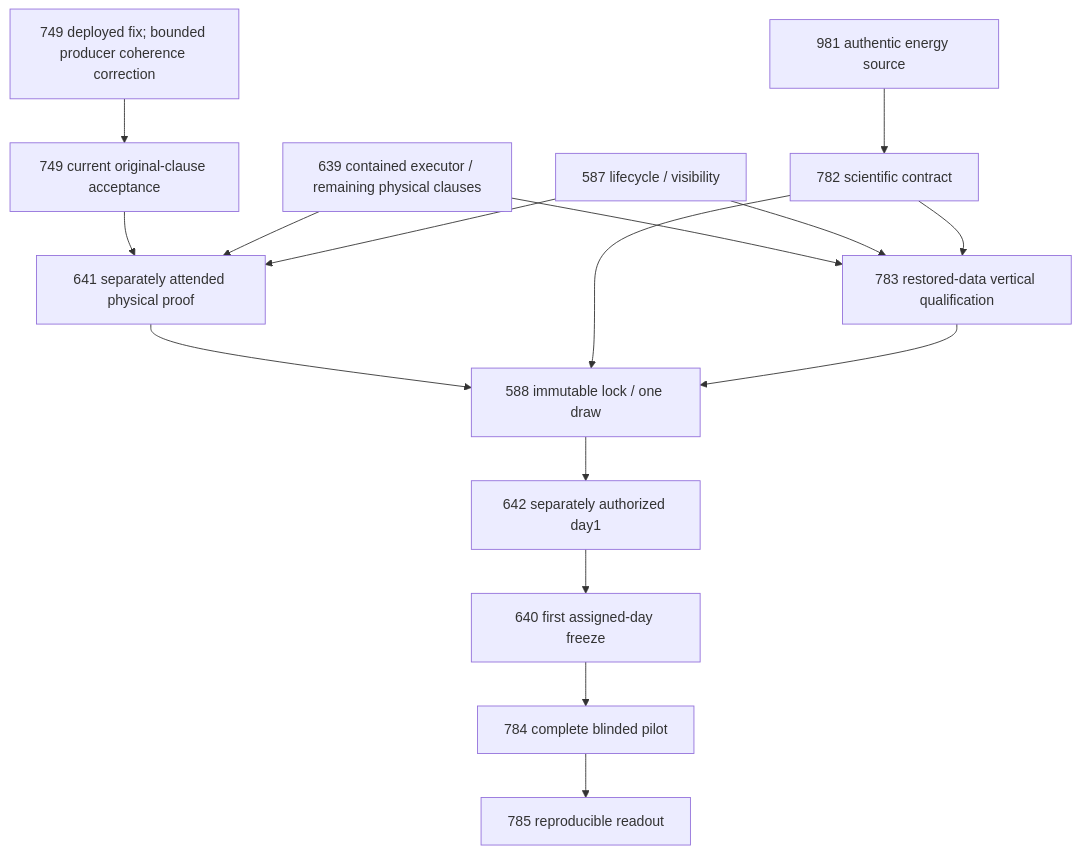
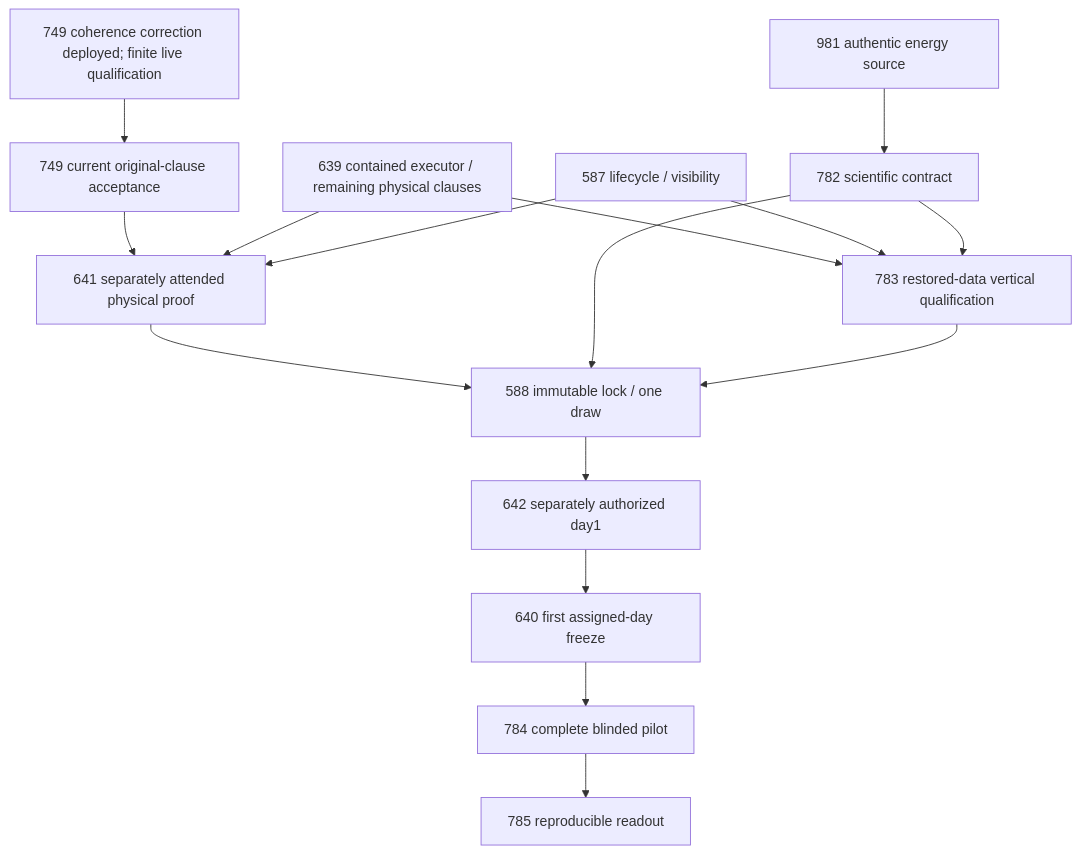
The diagram in planning/reviews/2026-10-17/DEPENDENCIES.md (VerdifyConsultancy/verdify-platform), drawn with Mermaid before and after one commit. The commit also changed other lines of this file and 16 other files, not shown here.

Commit message:
planning: close deployed route fix and track current writer readiness

````diff
--- a/planning/reviews/2026-10-17/DEPENDENCIES.md
+++ b/planning/reviews/2026-10-17/DEPENDENCIES.md
@@ -5,18 +5,18 @@
 ```mermaid
 flowchart TD
-  coherence["749 deployed fix; bounded producer coherence correction"] --> ready["749 current original-clause acceptance"]
+  coherence["749 coherence correction deployed; finite live qualification"] --> ready["749 current original-clause acceptance"]
   e981["981 authentic energy source"] --> science["782 scientific contract"]
   e639["639 contained executor / remaining physical clauses"] --> integration["783 restored-data vertical qualification"]
   e587["587 lifecycle / visibility"] --> integration
   science --> integration
   ready --> proof["641 separately attended physical proof"]
   e639 --> proof
   e587 --> proof
   proof --> lock["588 immutable lock / one draw"]
   science --> lock
   integration --> lock
   lock --> launch["642 separately authorized day1"]
   launch --> outcome["640 first assigned-day freeze"]
   outcome --> pilot["784 complete blinded pilot"]
   pilot --> readout["785 reproducible readout"]
 ```
````
